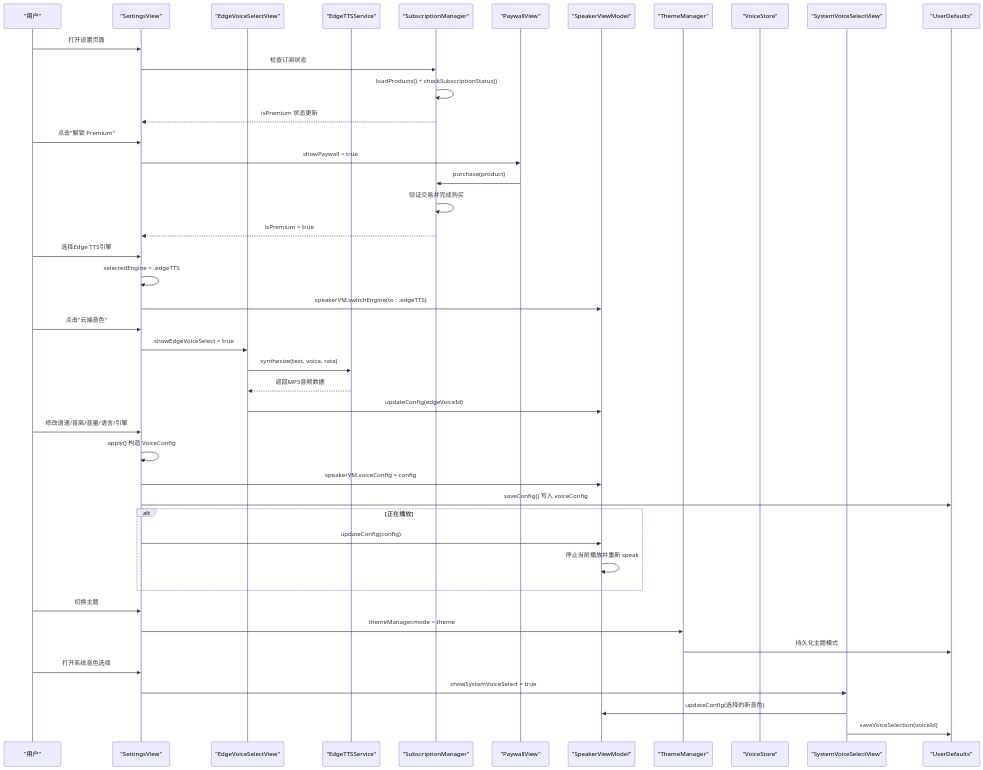
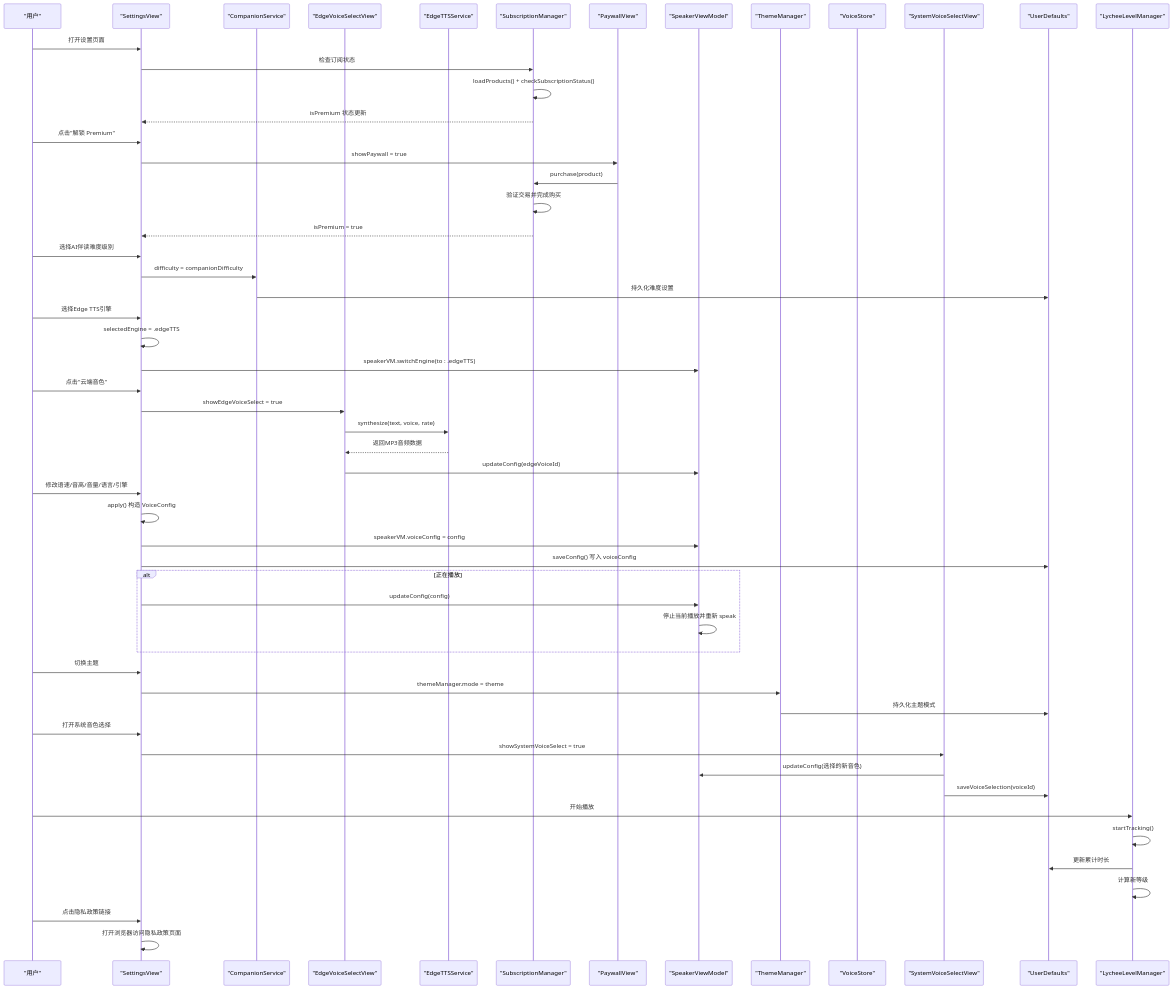
Before and after one commit to Primoguo/VoiceReader: the second of 17 diagrams in .qoder/repowiki/zh/content/用户界面设计/设置界面/设置界面.md, drawn with Mermaid. The commit also changed other lines of this file and 92 other files, not shown here.

````diff
--- a/.qoder/repowiki/zh/content/用户界面设计/设置界面/设置界面.md
+++ b/.qoder/repowiki/zh/content/用户界面设计/设置界面/设置界面.md
@@ -162,46 +178,57 @@
 ```mermaid
 sequenceDiagram
 participant U as "用户"
 participant S as "SettingsView"
+participant CS as "CompanionService"
 participant EVSV as "EdgeVoiceSelectView"
 participant ETS as "EdgeTTSService"
 participant SM as "SubscriptionManager"
 participant PV as "PaywallView"
 participant VM as "SpeakerViewModel"
 participant TM as "ThemeManager"
 participant VS as "VoiceStore"
 participant SVS as "SystemVoiceSelectView"
 participant UD as "UserDefaults"
+participant LLM as "LycheeLevelManager"
 U->>S : 打开设置页面
 S->>SM : 检查订阅状态
 SM->>SM : loadProducts() + checkSubscriptionStatus()
 SM-->>S : isPremium 状态更新
 U->>S : 点击"解锁 Premium"
 S->>PV : showPaywall = true
 PV->>SM : purchase(product)
 SM->>SM : 验证交易并完成购买
 SM-->>S : isPremium = true
+U->>S : 选择AI伴读难度级别
+S->>CS : difficulty = companionDifficulty
+CS->>UD : 持久化难度设置
 U->>S : 选择Edge TTS引擎
 S->>S : selectedEngine = .edgeTTS
 S->>VM : speakerVM.switchEngine(to : .edgeTTS)
 U->>S : 点击"云端音色"
 S->>EVSV : showEdgeVoiceSelect = true
 EVSV->>ETS : synthesize(text, voice, rate)
 ETS-->>EVSV : 返回MP3音频数据
 EVSV->>VM : updateConfig(edgeVoiceId)
 U->>S : 修改语速/音高/音量/语言/引擎
 S->>S : apply() 构造 VoiceConfig
 S->>VM : speakerVM.voiceConfig = config
 S->>UD : saveConfig() 写入 voiceConfig
 alt 正在播放
 S->>VM : updateConfig(config)
 VM->>VM : 停止当前播放并重新 speak
 end
 U->>S : 切换主题
 S->>TM : themeManager.mode = theme
 TM->>UD : 持久化主题模式
 U->>S : 打开系统音色选择
 S->>SVS : showSystemVoiceSelect = true
 SVS->>VM : updateConfig(选择的新音色)
 SVS->>UD : saveVoiceSelection(voiceId)
+U->>LLM : 开始播放
+LLM->>LLM : startTracking()
+LLM->>UD : 更新累计时长
+LLM->>LLM : 计算新等级
+U->>S : 点击隐私政策链接
+S->>S : 打开浏览器访问隐私政策页面
 ```
````
